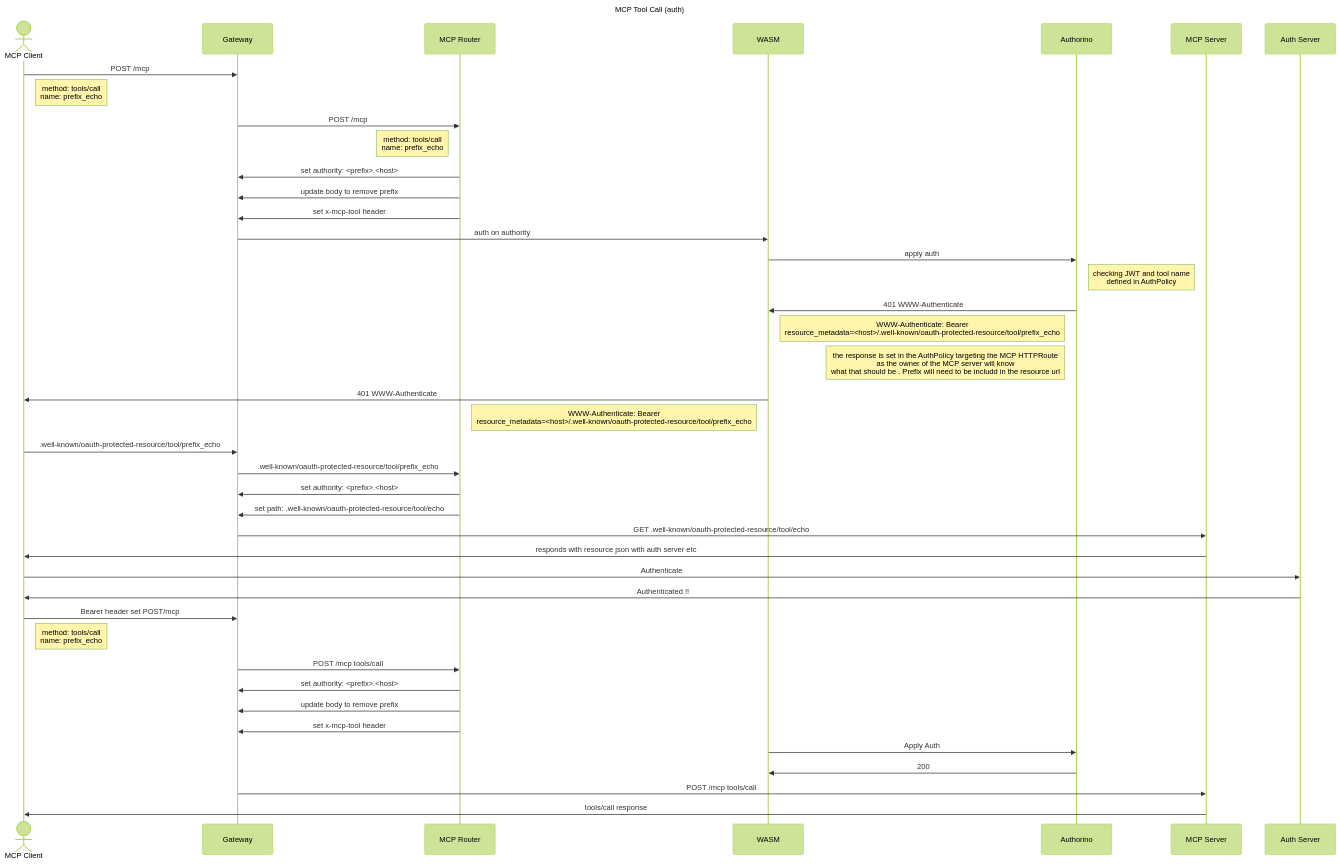
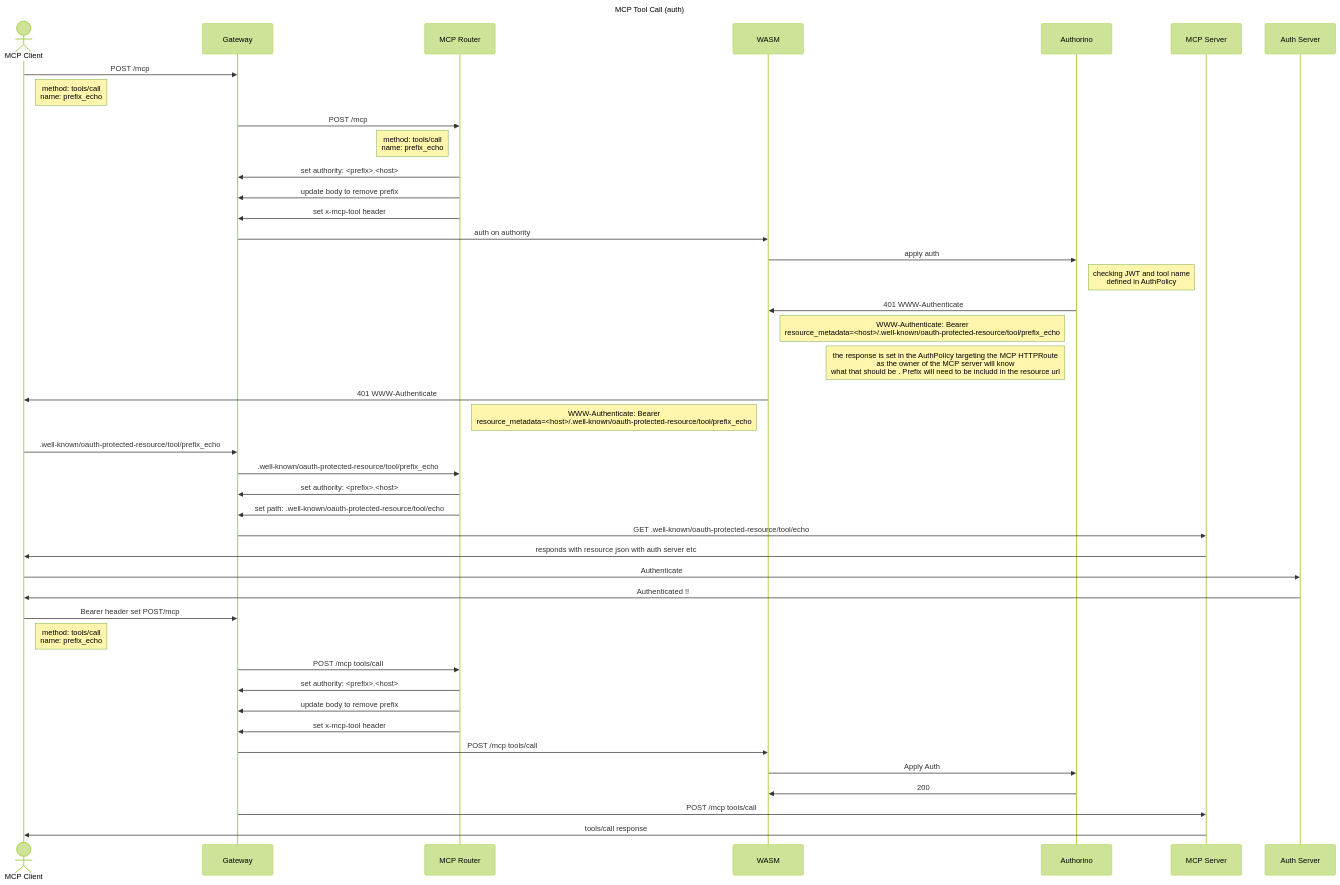
The fifth of 5 diagrams in docs/design/flows.md (kagenti/mcp-gateway), drawn with Mermaid (forest theme) before and after one commit. The commit also changed other lines of this file, not shown here.

Commit message:
Add calls from gateway to wasm

````diff
--- a/docs/design/flows.md
+++ b/docs/design/flows.md
@@ -104,38 +107,39 @@
 ```mermaid
 sequenceDiagram
         title MCP Tool Call (auth)
         actor MCP Client
         MCP Client->>Gateway: POST /mcp 
         note right of MCP Client: method: tools/call <br/> name: prefix_echo
         Gateway->>MCP Router: POST /mcp
         note left of MCP Router: method: tools/call <br/> name: prefix_echo
         MCP Router->>Gateway: set authority: <prefix>.<host>
         MCP Router->>Gateway: update body to remove prefix 
         MCP Router->>Gateway: set x-mcp-tool header 
         Gateway->>WASM: auth on authority
         WASM->>Authorino: apply auth 
         note right of Authorino: checking JWT and tool name <br/> defined in AuthPolicy
         Authorino->>WASM: 401 WWW-Authenticate 
         note left of Authorino: WWW-Authenticate: Bearer <br/> resource_metadata=<host>/.well-known/oauth-protected-resource/tool/prefix_echo
         note left of Authorino: the response is set in the  AuthPolicy targeting the MCP HTTPRoute <br/> as the owner of the MCP server will know <br/> what that should be . Prefix will need to be includd in the resource url
         WASM->>MCP Client: 401 WWW-Authenticate 
         note left of WASM: WWW-Authenticate: Bearer <br/> resource_metadata=<host>/.well-known/oauth-protected-resource/tool/prefix_echo
         MCP Client->>Gateway: .well-known/oauth-protected-resource/tool/prefix_echo
         Gateway->>MCP Router: .well-known/oauth-protected-resource/tool/prefix_echo
         MCP Router->>Gateway: set authority: <prefix>.<host>
         MCP Router->>Gateway: set path: .well-known/oauth-protected-resource/tool/echo
         Gateway->>MCP Server: GET .well-known/oauth-protected-resource/tool/echo
         MCP Server->>MCP Client: responds with resource json with auth server etc
         MCP Client->>Auth Server: Authenticate 
         Auth Server->>MCP Client: Authenticated !!
         MCP Client->>Gateway: Bearer header set POST/mcp
         note right of MCP Client: method: tools/call <br/> name: prefix_echo
         Gateway->>MCP Router: POST /mcp tools/call
         MCP Router->>Gateway: set authority: <prefix>.<host>
         MCP Router->>Gateway: update body to remove prefix 
         MCP Router->>Gateway: set x-mcp-tool header 
+        Gateway->>WASM: POST /mcp tools/call
         WASM->>Authorino: Apply Auth
         Authorino->>WASM: 200
         Gateway->>MCP Server: POST /mcp tools/call
         MCP Server->>MCP Client: tools/call response
 ```        
````
